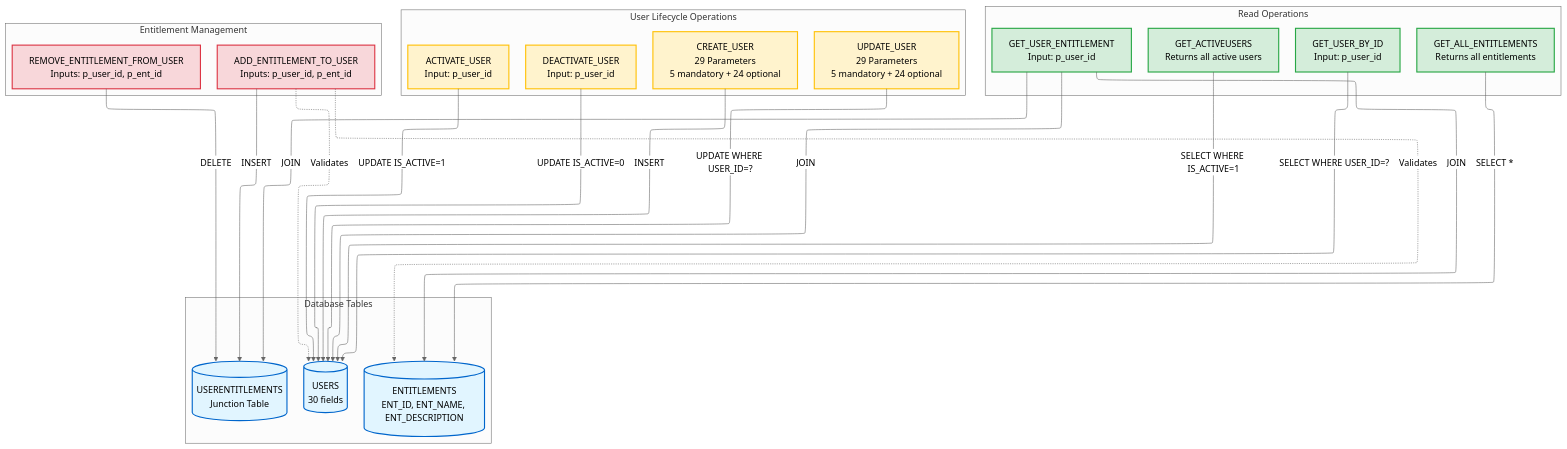
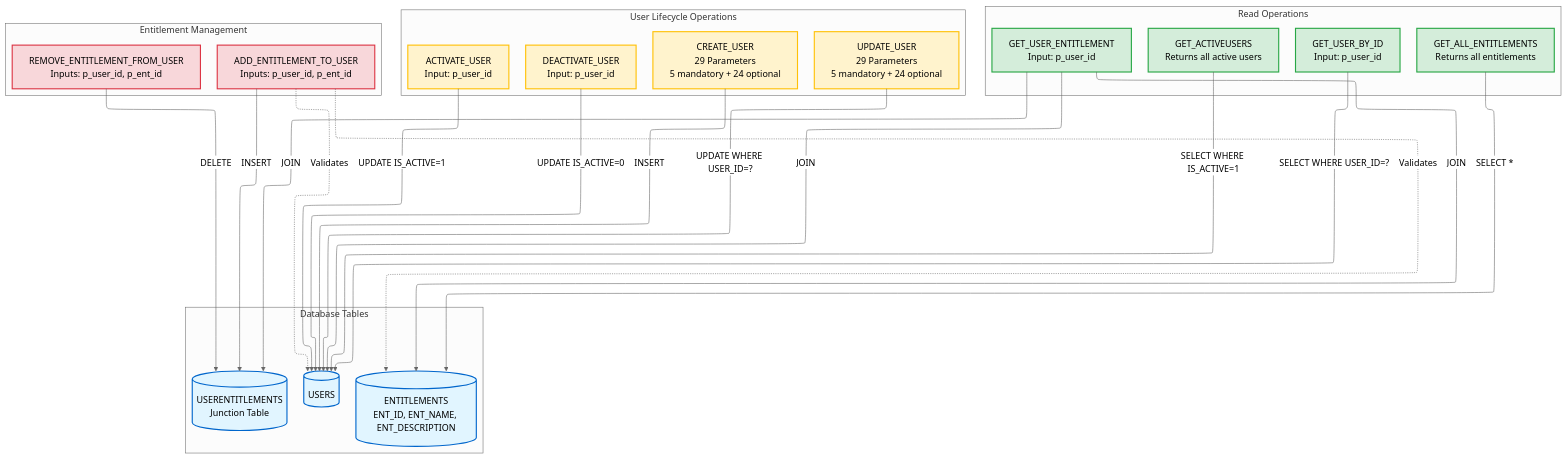
The second of 2 diagrams in doc/Okta_Provisioning_Configuration.md (fabiograsso/okta-lab-onprem-jdbc), drawn with Mermaid (neutral theme) before and after one commit. The commit also changed other lines of this file and 2 other files, not shown here.

````diff
--- a/doc/Okta_Provisioning_Configuration.md
+++ b/doc/Okta_Provisioning_Configuration.md
@@ -111,57 +111,57 @@
 ```mermaid
 ---
 config:
   layout: elk
 ---
 flowchart TB
  subgraph s1["Database Tables"]
         USERENTITLEMENTS[("USERENTITLEMENTS<br>Junction Table")]
         ENTITLEMENTS[("ENTITLEMENTS<br>ENT_ID, ENT_NAME, ENT_DESCRIPTION")]
-        USERS[("USERS<br>30 fields")]
+        USERS[("USERS")]
   end
  subgraph s2["Read Operations"]
         GET_USER_ENTITLEMENT["GET_USER_ENTITLEMENT<br>Input: p_user_id"]
         GET_ALL_ENTITLEMENTS["GET_ALL_ENTITLEMENTS<br>Returns all entitlements"]
         GET_USER_BY_ID["GET_USER_BY_ID<br>Input: p_user_id"]
         GET_ACTIVEUSERS["GET_ACTIVEUSERS<br>Returns all active users"]
   end
  subgraph s3["User Lifecycle Operations"]
         DEACTIVATE_USER["DEACTIVATE_USER<br>Input: p_user_id"]
         ACTIVATE_USER["ACTIVATE_USER<br>Input: p_user_id"]
         UPDATE_USER["UPDATE_USER<br>29 Parameters<br>5 mandatory + 24 optional"]
         CREATE_USER["CREATE_USER<br>29 Parameters<br>5 mandatory + 24 optional"]
   end
  subgraph s4["Entitlement Management"]
         REMOVE_ENTITLEMENT["REMOVE_ENTITLEMENT_FROM_USER<br>Inputs: p_user_id, p_ent_id"]
         ADD_ENTITLEMENT["ADD_ENTITLEMENT_TO_USER<br>Inputs: p_user_id, p_ent_id"]
   end
     GET_ACTIVEUSERS -- "SELECT WHERE IS_ACTIVE=1" --> USERS
     GET_USER_BY_ID -- "SELECT WHERE USER_ID=?" --> USERS
     GET_ALL_ENTITLEMENTS -- SELECT * --> ENTITLEMENTS
     GET_USER_ENTITLEMENT -- JOIN --> USERENTITLEMENTS & USERS & ENTITLEMENTS
     CREATE_USER -- INSERT --> USERS
     UPDATE_USER -- "UPDATE WHERE USER_ID=?" --> USERS
     ACTIVATE_USER -- "UPDATE IS_ACTIVE=1" --> USERS
     DEACTIVATE_USER -- "UPDATE IS_ACTIVE=0" --> USERS
     ADD_ENTITLEMENT -- INSERT --> USERENTITLEMENTS
     ADD_ENTITLEMENT -. Validates .-> USERS & ENTITLEMENTS
     REMOVE_ENTITLEMENT -- DELETE --> USERENTITLEMENTS
 
      USERS:::tableStyle
      ENTITLEMENTS:::tableStyle
      USERENTITLEMENTS:::tableStyle
      GET_ACTIVEUSERS:::readStyle
      GET_USER_BY_ID:::readStyle
      GET_ALL_ENTITLEMENTS:::readStyle
      GET_USER_ENTITLEMENT:::readStyle
      CREATE_USER:::lifecycleStyle
      UPDATE_USER:::lifecycleStyle
      ACTIVATE_USER:::lifecycleStyle
      DEACTIVATE_USER:::lifecycleStyle
      ADD_ENTITLEMENT:::entitlementStyle
      REMOVE_ENTITLEMENT:::entitlementStyle
     classDef tableStyle fill:#e1f5ff,stroke:#0066cc,stroke-width:2px
     classDef readStyle fill:#d4edda,stroke:#28a745,stroke-width:2px
     classDef lifecycleStyle fill:#fff3cd,stroke:#ffc107,stroke-width:2px
     classDef entitlementStyle fill:#f8d7da,stroke:#dc3545,stroke-width:2px
 ```
````
